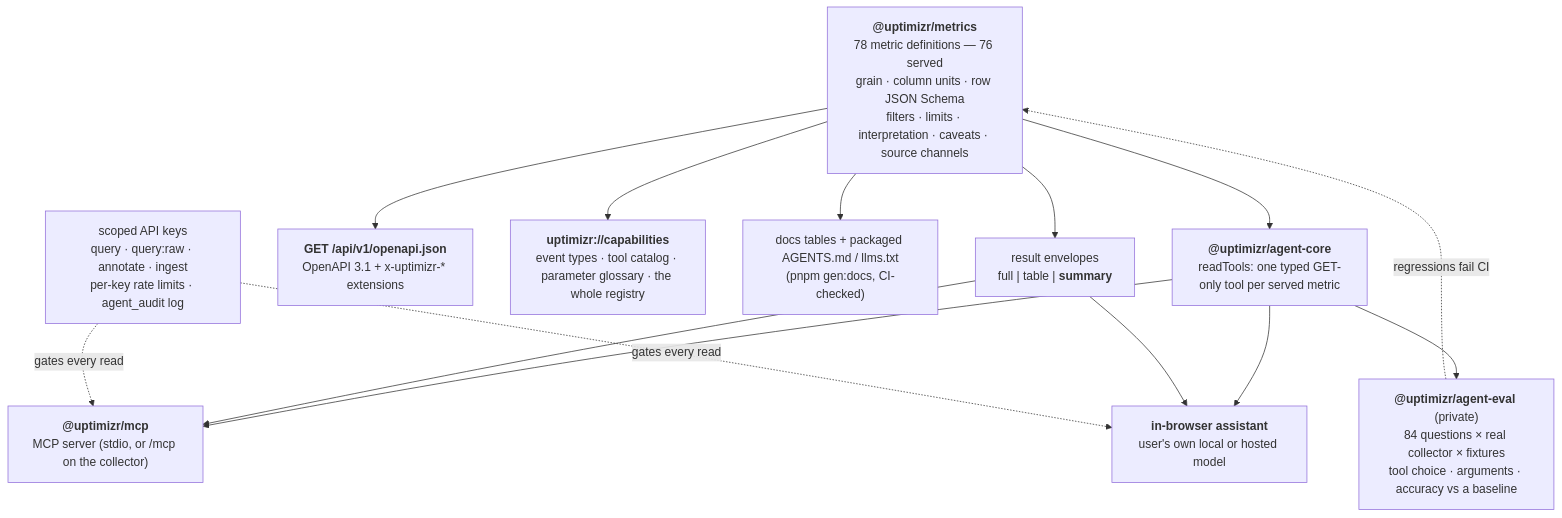
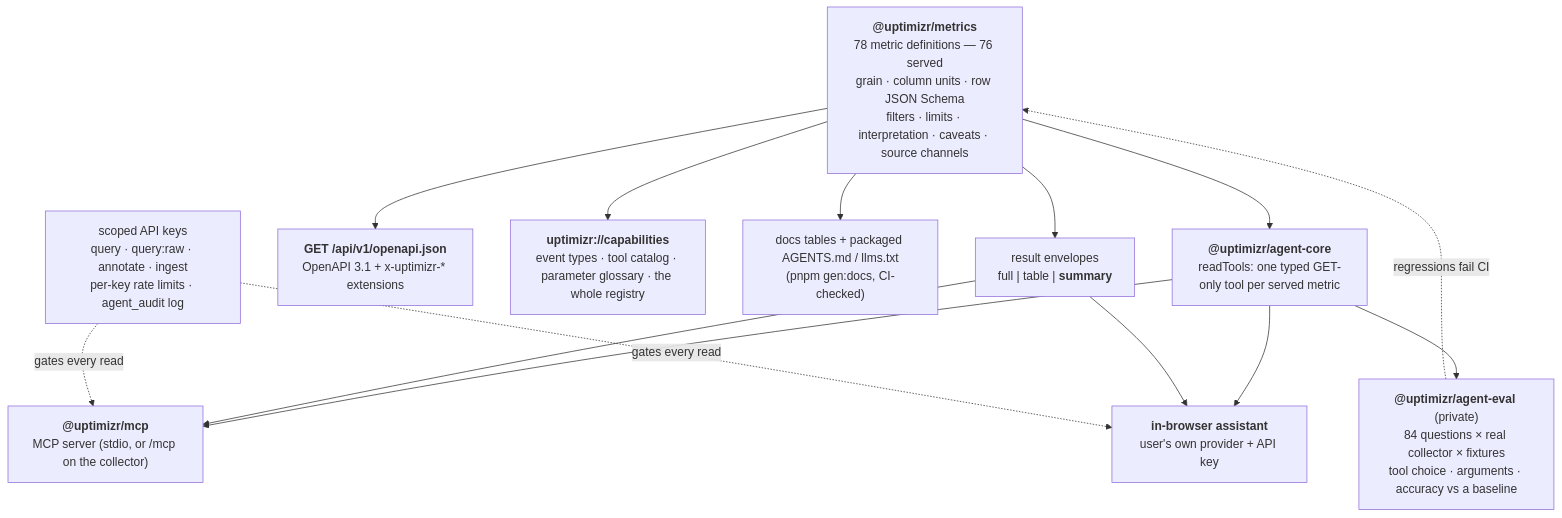
Before and after one commit to RaananW/Uptimizr: the second of 2 diagrams in docs/architecture/overview.md, drawn with Mermaid. The commit also changed other lines of this file and 26 other files, not shown here.

````diff
--- a/docs/architecture/overview.md
+++ b/docs/architecture/overview.md
@@ -163,27 +163,27 @@
 ```mermaid
 flowchart TD
   Reg["<b>@uptimizr/metrics</b><br/>78 metric definitions — 76 served<br/>grain · column units · row JSON Schema<br/>filters · limits · interpretation · caveats · source channels"]
   Tools["<b>@uptimizr/agent-core</b><br/>readTools: one typed GET-only tool per served metric"]
   OpenApi["<b>GET /api/v1/openapi.json</b><br/>OpenAPI 3.1 + x-uptimizr-* extensions"]
   Caps["<b>uptimizr://capabilities</b><br/>event types · tool catalog · parameter glossary · the whole registry"]
   Docs["docs tables + packaged AGENTS.md / llms.txt<br/>(pnpm gen:docs, CI-checked)"]
   Mcp["<b>@uptimizr/mcp</b><br/>MCP server (stdio, or /mcp on the collector)"]
-  Asst["<b>in-browser assistant</b><br/>user's own local or hosted model"]
+  Asst["<b>in-browser assistant</b><br/>user's own provider + API key"]
   Fmt["result envelopes<br/>full | table | <b>summary</b>"]
   Keys["scoped API keys<br/>query · query:raw · annotate · ingest<br/>per-key rate limits · agent_audit log"]
   Eval["<b>@uptimizr/agent-eval</b> (private)<br/>84 questions × real collector × fixtures<br/>tool choice · arguments · accuracy vs a baseline"]
 
   Reg --> Tools
   Reg --> OpenApi
   Reg --> Caps
   Reg --> Docs
   Reg --> Fmt
   Tools --> Mcp
   Tools --> Asst
   Fmt --> Mcp
   Fmt --> Asst
   Keys -.->|gates every read| Mcp
   Keys -.->|gates every read| Asst
   Tools --> Eval
   Eval -.->|regressions fail CI| Reg
 ```
````
